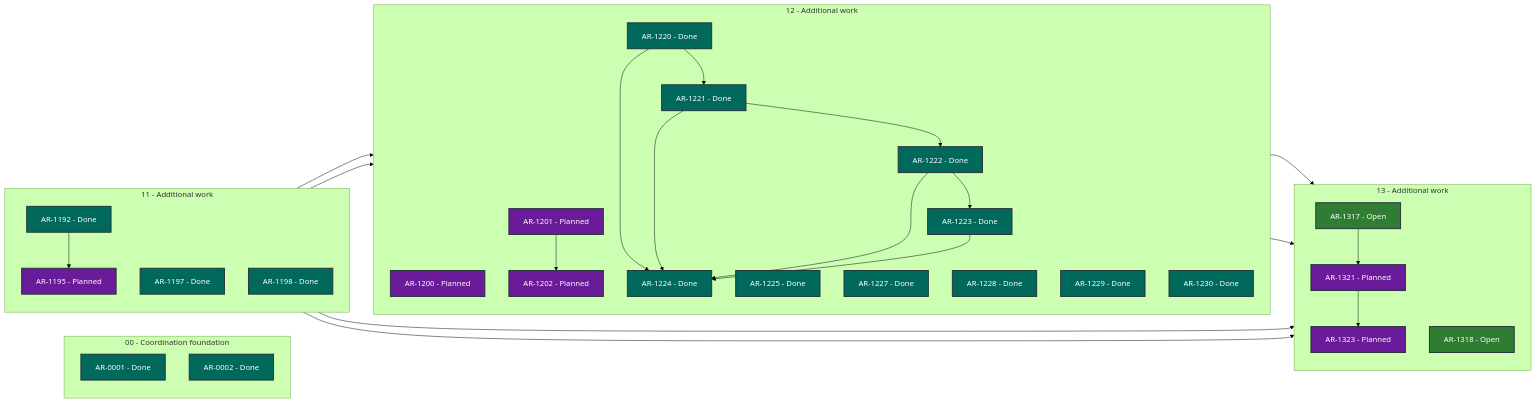
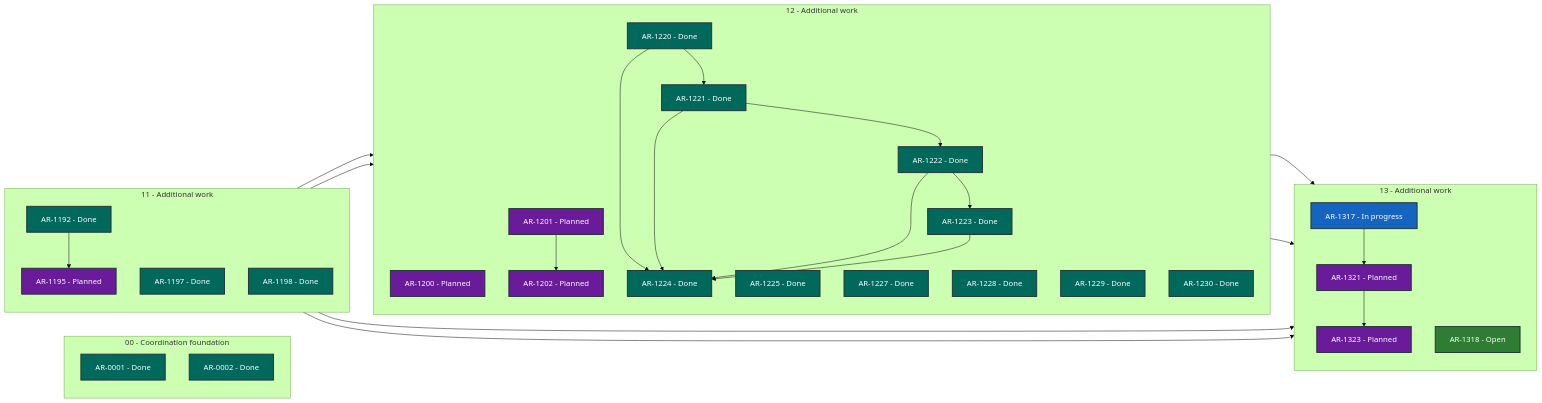
Before and after one commit to martin-beck/asb-tui-state: the diagram in STATUS.md, drawn with Mermaid (forest theme). The commit also changed other lines of this file and 2 other files, not shown here.

````diff
--- a/STATUS.md
+++ b/STATUS.md
@@ -27,63 +27,63 @@
 ```mermaid
 flowchart LR
     subgraph series_00["00 - Coordination foundation"]
         direction TB
         AR_0001["AR-0001 - Done"]:::status_done
         AR_0002["AR-0002 - Done"]:::status_done
     end
     subgraph series_11["11 - Additional work"]
         direction TB
         AR_1192["AR-1192 - Done"]:::status_done
         AR_1195["AR-1195 - Planned"]:::status_planned
         AR_1197["AR-1197 - Done"]:::status_done
         AR_1198["AR-1198 - Done"]:::status_done
     end
     subgraph series_12["12 - Additional work"]
         direction TB
         AR_1200["AR-1200 - Planned"]:::status_planned
         AR_1201["AR-1201 - Planned"]:::status_planned
         AR_1202["AR-1202 - Planned"]:::status_planned
         AR_1220["AR-1220 - Done"]:::status_done
         AR_1221["AR-1221 - Done"]:::status_done
         AR_1222["AR-1222 - Done"]:::status_done
         AR_1223["AR-1223 - Done"]:::status_done
         AR_1224["AR-1224 - Done"]:::status_done
         AR_1225["AR-1225 - Done"]:::status_done
         AR_1227["AR-1227 - Done"]:::status_done
         AR_1228["AR-1228 - Done"]:::status_done
         AR_1229["AR-1229 - Done"]:::status_done
         AR_1230["AR-1230 - Done"]:::status_done
     end
     subgraph series_13["13 - Additional work"]
         direction TB
-        AR_1317["AR-1317 - Open"]:::status_open
+        AR_1317["AR-1317 - In progress"]:::status_in_progress
         AR_1318["AR-1318 - Open"]:::status_open
         AR_1321["AR-1321 - Planned"]:::status_planned
         AR_1323["AR-1323 - Planned"]:::status_planned
     end
     AR_1192 --> AR_1195
     AR_1192 --> AR_1317
     AR_1195 --> AR_1200
     AR_1197 --> AR_1201
     AR_1197 --> AR_1317
     AR_1201 --> AR_1202
     AR_1220 --> AR_1221
     AR_1220 --> AR_1224
     AR_1221 --> AR_1222
     AR_1221 --> AR_1224
     AR_1222 --> AR_1223
     AR_1222 --> AR_1224
     AR_1223 --> AR_1224
     AR_1228 --> AR_1317
     AR_1229 --> AR_1317
     AR_1317 --> AR_1321
     AR_1321 --> AR_1323
     classDef status_in_progress fill:#1565c0,color:#ffffff,stroke:#263238,stroke-width:2px
     classDef status_open fill:#2e7d32,color:#ffffff,stroke:#263238,stroke-width:2px
     classDef status_blocked fill:#c62828,color:#ffffff,stroke:#263238,stroke-width:2px
     classDef status_planned fill:#6a1b9a,color:#ffffff,stroke:#263238,stroke-width:2px
     classDef status_future fill:#455a64,color:#ffffff,stroke:#263238,stroke-width:2px
     classDef status_done fill:#00695c,color:#ffffff,stroke:#263238,stroke-width:2px
     classDef status_cancelled fill:#616161,color:#ffffff,stroke:#263238,stroke-width:2px
     classDef status_superseded fill:#5d4037,color:#ffffff,stroke:#263238,stroke-width:2px
 ```
````
